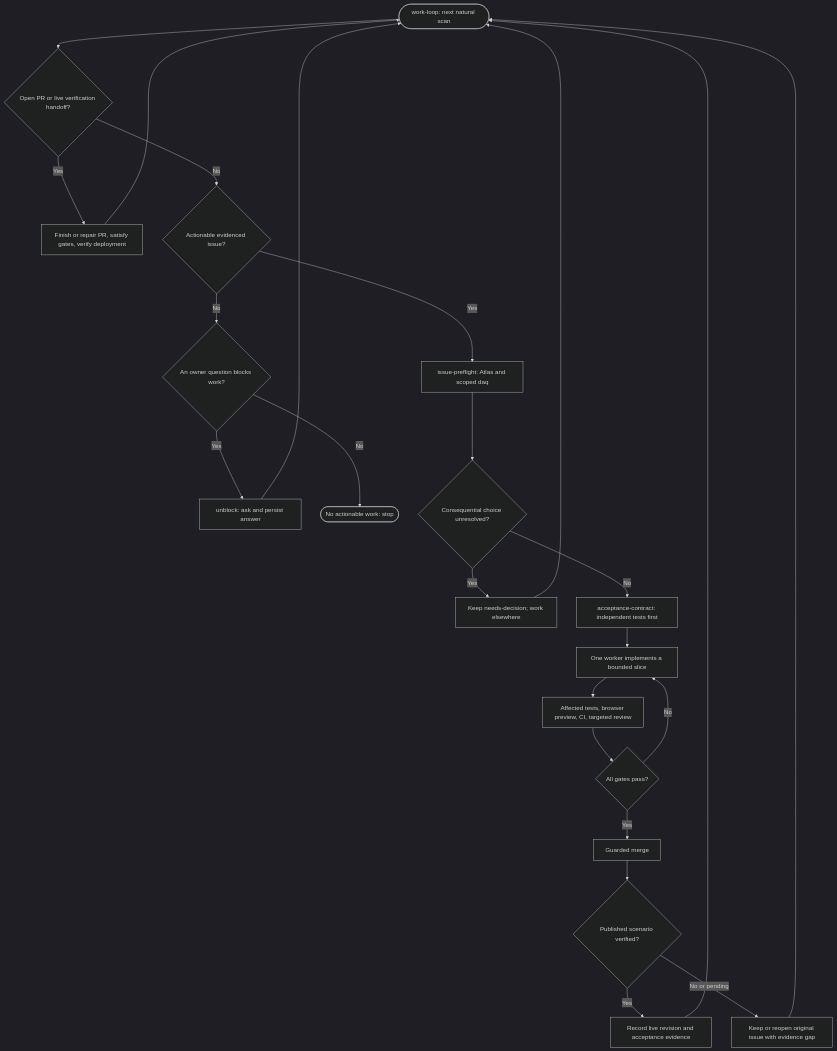
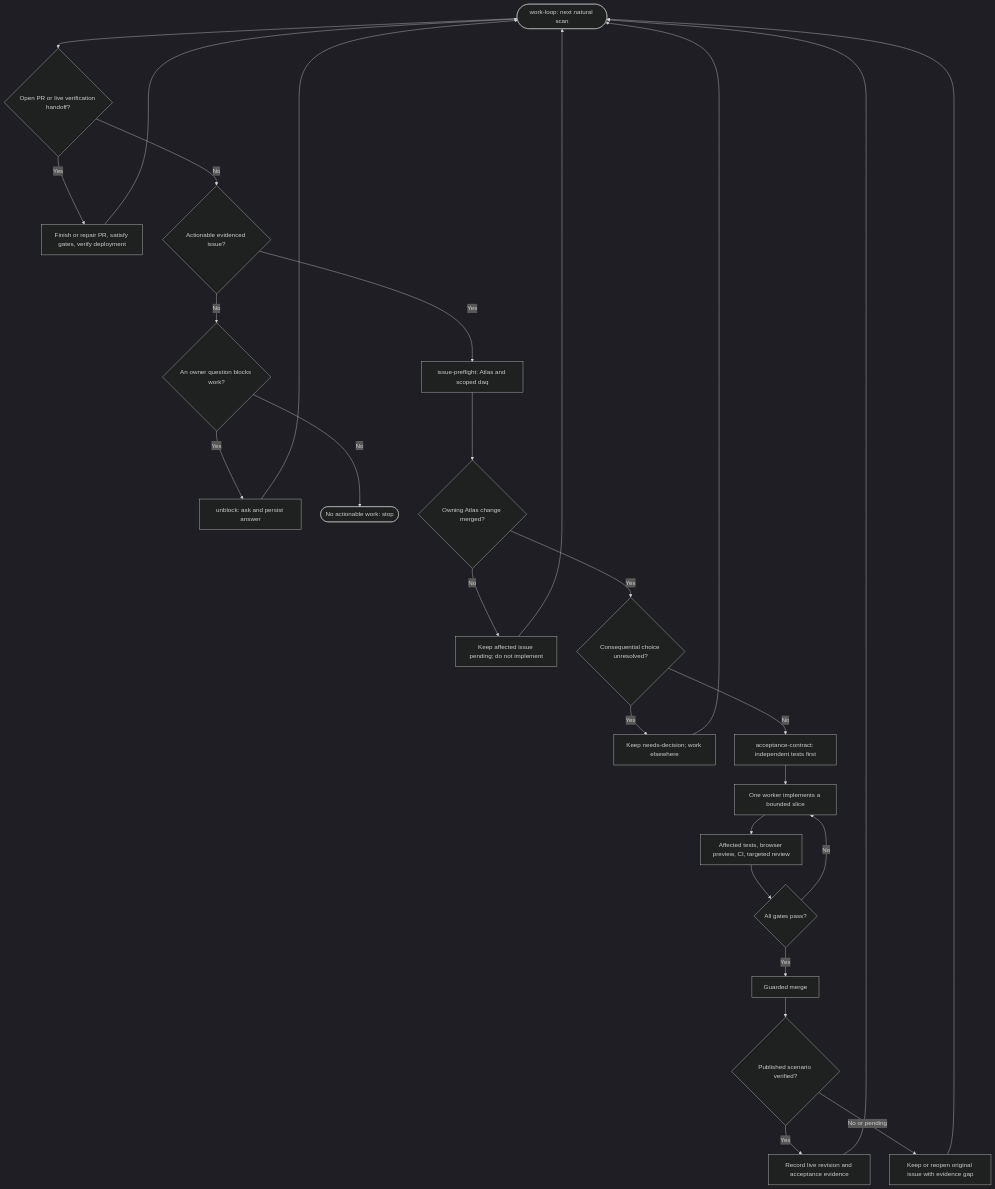
One commit to moritzbrantner/dotfiles changed the third of 4 diagrams in docs/human-steering-flowcharts.md. Above: the diagram before and after it, drawn with Mermaid (dark theme). The commit also changed other lines of this file, not shown here.

Commit message:
docs: show automatic issue reconciliation and separate execution in steering flowcharts

````diff
--- a/docs/human-steering-flowcharts.md
+++ b/docs/human-steering-flowcharts.md
@@ -85,26 +95,29 @@
 ```mermaid
 flowchart TD
     START(["work-loop: next natural scan"]) --> EXIST{"Open PR or live verification handoff?"}
     EXIST -->|Yes| RESUME["Finish or repair PR, satisfy gates, verify deployment"]
     RESUME --> START
     EXIST -->|No| PICK{"Actionable evidenced issue?"}
     PICK -->|No| BLOCK{"An owner question blocks work?"}
     BLOCK -->|Yes| UNBLOCK["unblock: ask and persist answer"]
     UNBLOCK --> START
     BLOCK -->|No| END(["No actionable work: stop"])
     PICK -->|Yes| PREF["issue-preflight: Atlas and scoped daq"]
-    PREF --> Q{"Consequential choice unresolved?"}
+    PREF --> SOURCE{"Owning Atlas change merged?"}
+    SOURCE -->|No| HOLD["Keep affected issue pending; do not implement"]
+    HOLD --> START
+    SOURCE -->|Yes| Q{"Consequential choice unresolved?"}
     Q -->|Yes| PARK["Keep needs-decision; work elsewhere"]
     PARK --> START
     Q -->|No| CONTRACT["acceptance-contract: independent tests first"]
     CONTRACT --> IMPLEMENT["One worker implements a bounded slice"]
     IMPLEMENT --> CHECK["Affected tests, browser preview, CI, targeted review"]
     CHECK --> PASS{"All gates pass?"}
     PASS -->|No| IMPLEMENT
     PASS -->|Yes| MERGE["Guarded merge"]
     MERGE --> LIVE{"Published scenario verified?"}
     LIVE -->|Yes| EVIDENCE["Record live revision and acceptance evidence"]
     LIVE -->|No or pending| REOPEN["Keep or reopen original issue with evidence gap"]
     EVIDENCE --> START
     REOPEN --> START
 ```
````
